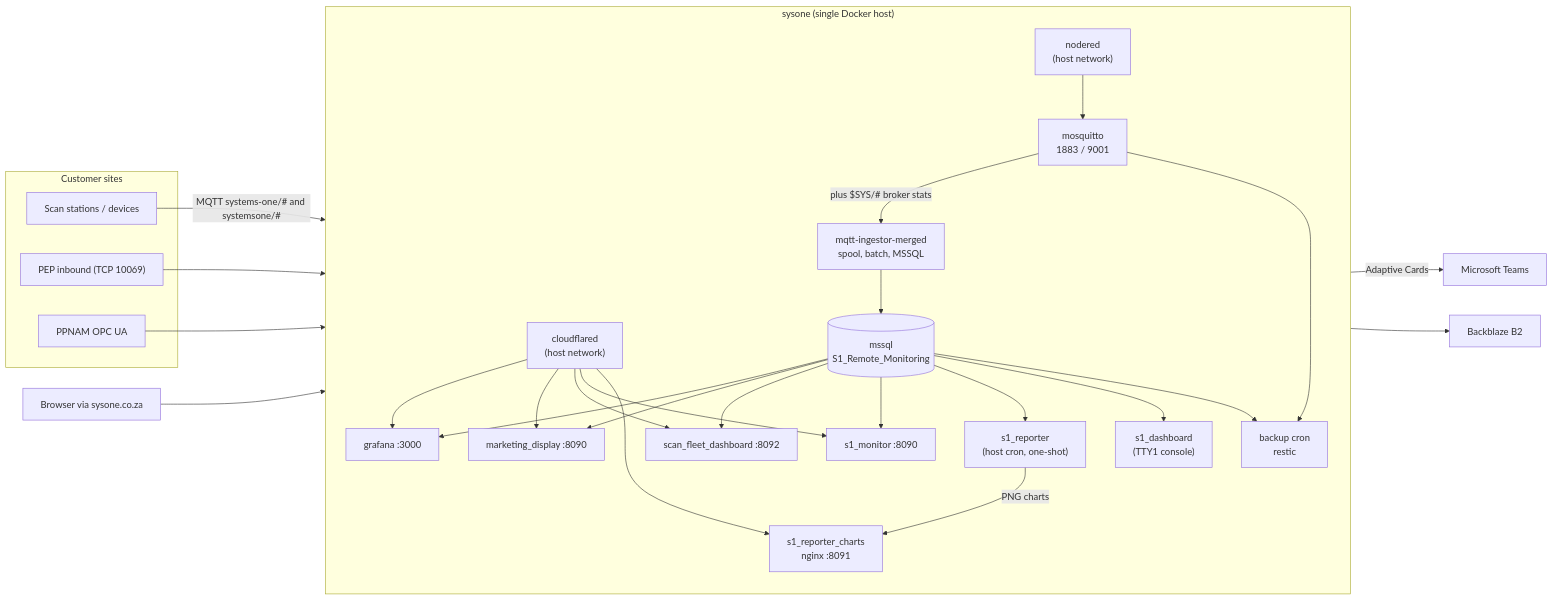
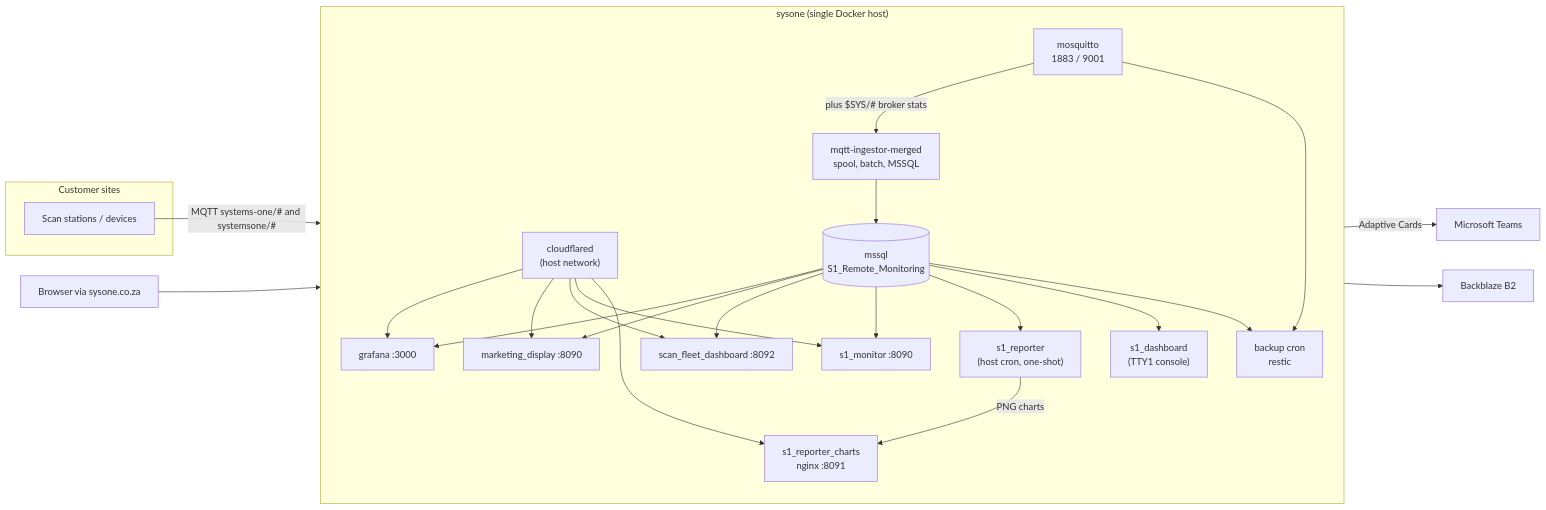
One commit to Systems-One/Systems-One-Server changed the diagram in README.md. Above: the diagram before and after it, drawn with Mermaid. The commit also changed other lines of this file and 11 other files, not shown here.

````diff
--- a/README.md
+++ b/README.md
@@ -29,53 +29,47 @@
 ```mermaid
 flowchart LR
     subgraph sites["Customer sites"]
         dev["Scan stations / devices"]
-        pep["PEP inbound (TCP 10069)"]
-        opc["PPNAM OPC UA"]
     end
 
     subgraph host["sysone (single Docker host)"]
         direction TB
         cf["cloudflared<br/>(host network)"]
         mq["mosquitto<br/>1883 / 9001"]
         ing["mqtt-ingestor-merged<br/>spool, batch, MSSQL"]
         db[("mssql<br/>S1_Remote_Monitoring")]
-        nr["nodered<br/>(host network)"]
         gf["grafana :3000"]
         md["marketing_display :8090"]
         sfd["scan_fleet_dashboard :8092"]
         mon["s1_monitor :8090"]
         rep["s1_reporter<br/>(host cron, one-shot)"]
         charts["s1_reporter_charts<br/>nginx :8091"]
         tty["s1_dashboard<br/>(TTY1 console)"]
         bk["backup cron<br/>restic"]
     end
 
     teams["Microsoft Teams"]
     b2["Backblaze B2"]
     web["Browser via sysone.co.za"]
 
     dev -- "MQTT systems-one/# and systemsone/#" --> mq
     mq -- "plus $SYS/# broker stats" --> ing
     ing --> db
-    pep --> nr
-    opc --> nr
-    nr --> mq
     db --> gf
     db --> md
     db --> sfd
     db --> mon
     db --> rep
     rep -- "Adaptive Cards" --> teams
     rep -- "PNG charts" --> charts
     db --> tty
     db --> bk
     mq --> bk
     bk --> b2
     web --> cf
     cf --> gf
     cf --> md
     cf --> sfd
     cf --> mon
     cf --> charts
 ```
````
